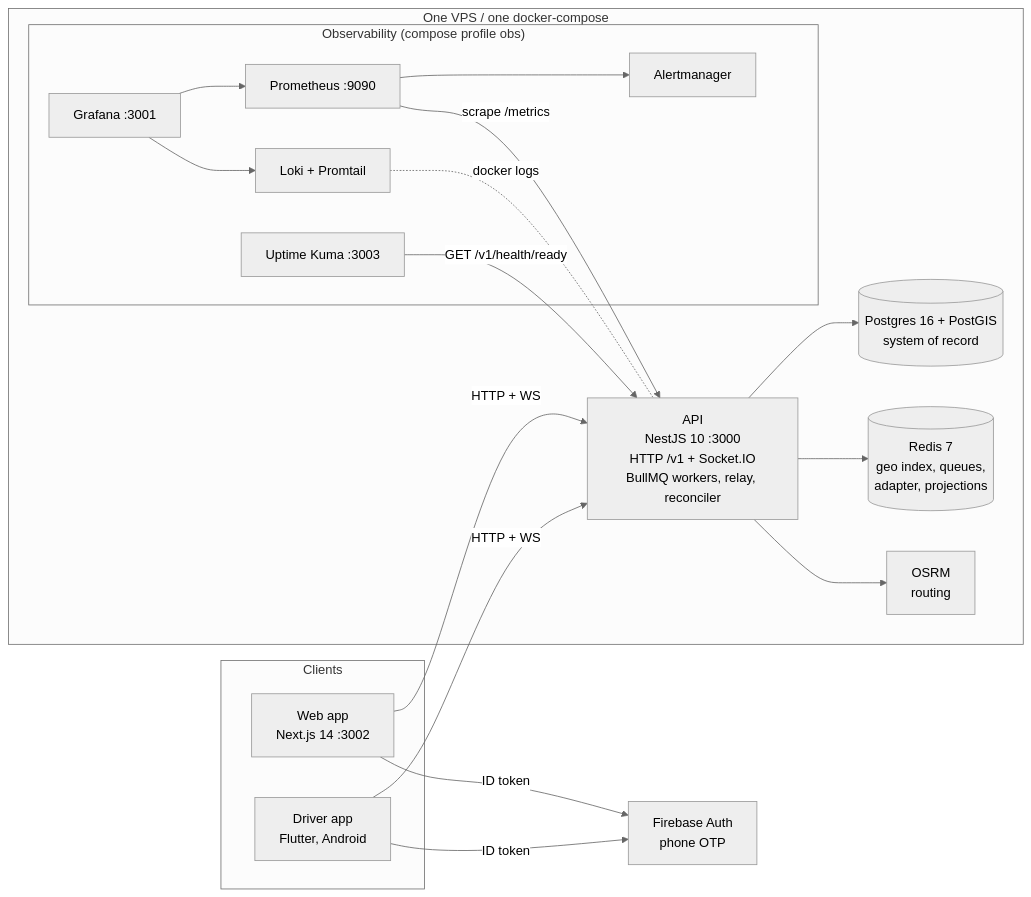
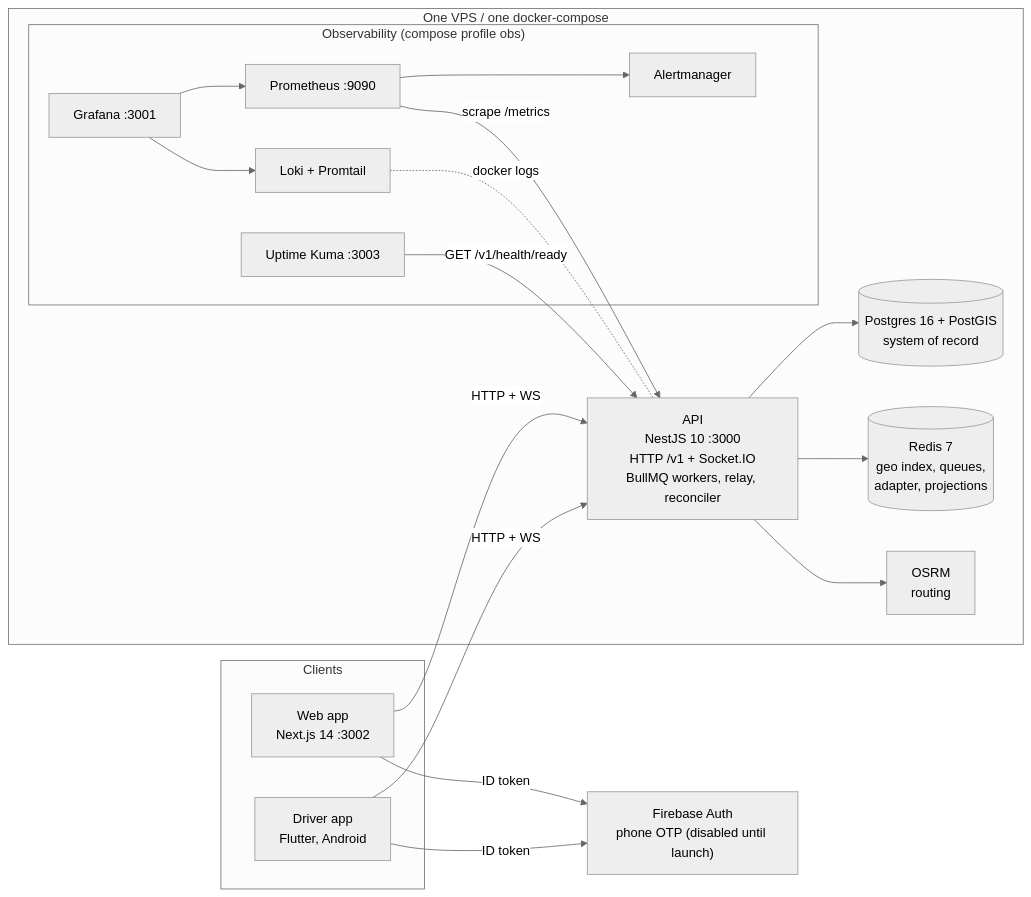
Before and after one commit to logicthread/rcab: the first of 3 diagrams in docs/onboarding/01-system-overview.md, drawn with Mermaid (neutral theme). The commit also changed other lines of this file and 27 other files, not shown here.

First line of the commit message:
docs(vault): amend ADR-0003 for Google-only sign-in until launch

````diff
--- a/docs/onboarding/01-system-overview.md
+++ b/docs/onboarding/01-system-overview.md
@@ -26,34 +26,34 @@
 ```mermaid
 flowchart LR
   subgraph Clients
     W["Web app<br/>Next.js 14 :3002"]
     D["Driver app<br/>Flutter, Android"]
   end
-  FB["Firebase Auth<br/>phone OTP"]
+  FB["Firebase Auth<br/>phone OTP (disabled until launch)"]
   subgraph Host["One VPS / one docker-compose"]
     API["API<br/>NestJS 10 :3000<br/>HTTP /v1 + Socket.IO<br/>BullMQ workers, relay, reconciler"]
     PG[("Postgres 16 + PostGIS<br/>system of record")]
     RD[("Redis 7<br/>geo index, queues,<br/>adapter, projections")]
     OS["OSRM<br/>routing"]
     subgraph Obs["Observability (compose profile obs)"]
       PR["Prometheus :9090"]
       GR["Grafana :3001"]
       LK["Loki + Promtail"]
       AM["Alertmanager"]
       UK["Uptime Kuma :3003"]
     end
   end
   W -- "ID token" --> FB
   D -- "ID token" --> FB
   W -- "HTTP + WS" --> API
   D -- "HTTP + WS" --> API
   API --> PG
   API --> RD
   API --> OS
   PR -- "scrape /metrics" --> API
   LK -. "docker logs" .- API
   GR --> PR
   GR --> LK
   PR --> AM
   UK -- "GET /v1/health/ready" --> API
 ```
````
